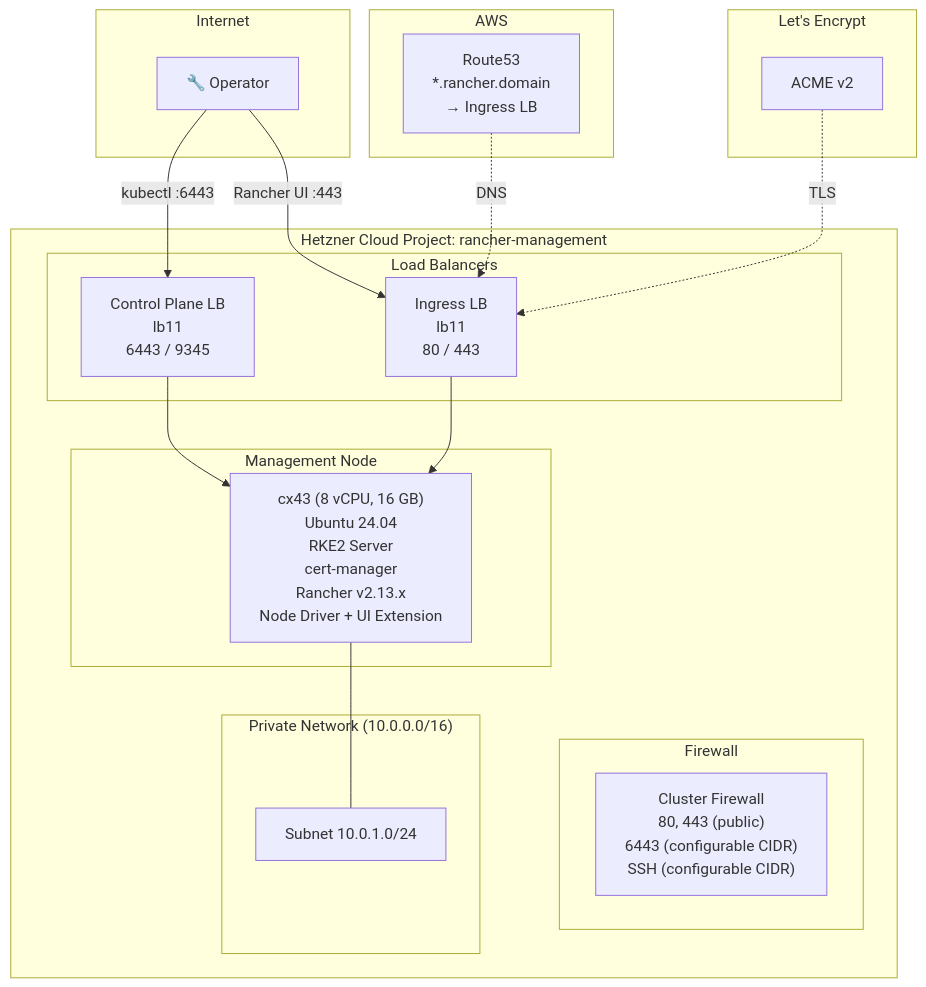
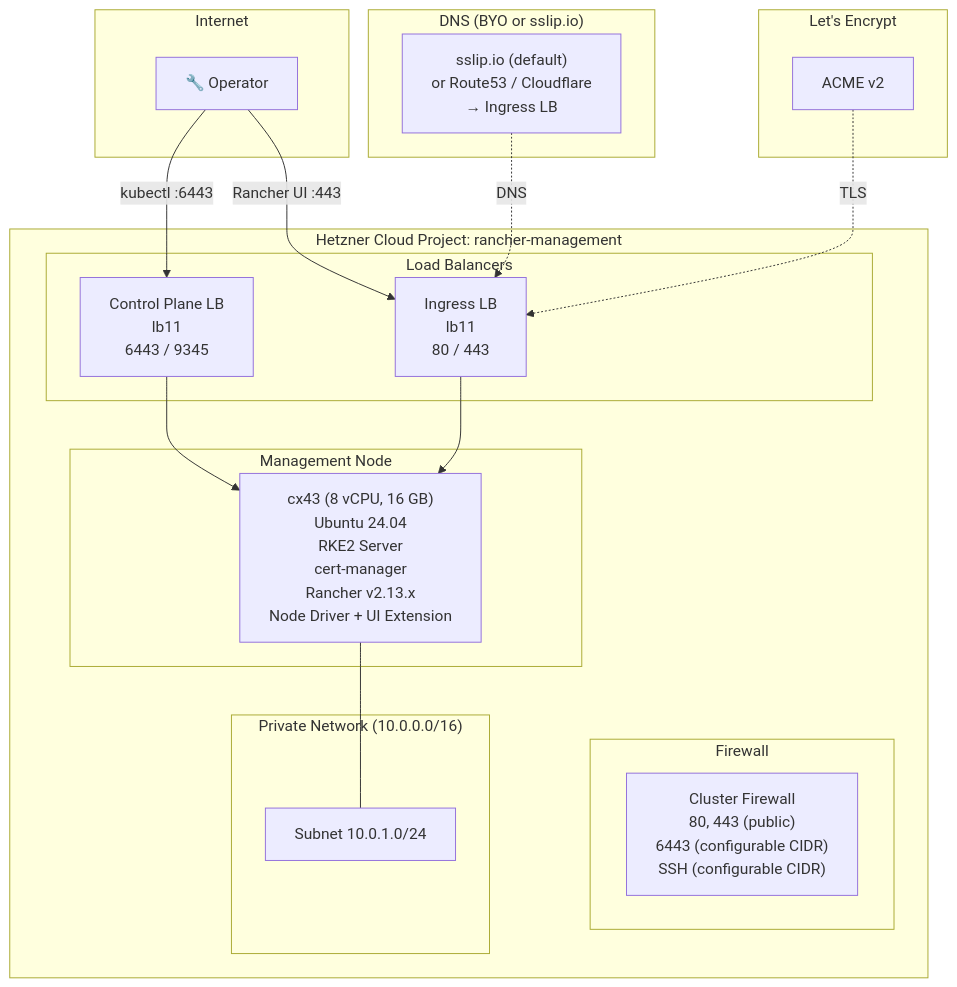
The second of 6 diagrams in docs/ARCHITECTURE.md (mbilan1/terraform-hcloud-rancher), drawn with Mermaid before and after one commit. The commit also changed 2 other files, not shown here.

Commit message:
docs: update DNS to BYO pattern, remove built-in R53 references
- README: sslip.io is now the default, BYO DNS section with R53 example
- README: regenerate TF_DOCS with actual 2-provider state
- README: remove old AWS/helm/kubectl/kubernetes provider references
- AGENTS.md: rewrite to match current architecture (2 providers, cloud-init, BYO LB)
- ARCHITECTURE.md: replace AWS R53 diagram with BYO DNS (sslip.io/Route53/Cloudflare)

````diff
--- a/docs/ARCHITECTURE.md
+++ b/docs/ARCHITECTURE.md
@@ -175,43 +175,43 @@
 ```mermaid
 flowchart TB
     subgraph internet["Internet"]
         operator["🔧 Operator"]
     end
 
     subgraph hetzner["Hetzner Cloud Project: rancher-management"]
         subgraph lb_layer["Load Balancers"]
             cp_lb["Control Plane LB\nlb11\n6443 / 9345"]
             ingress_lb["Ingress LB\nlb11\n80 / 443"]
         end
 
         subgraph fw["Firewall"]
             cluster_fw["Cluster Firewall\n80, 443 (public)\n6443 (configurable CIDR)\nSSH (configurable CIDR)"]
         end
 
         subgraph mgmt["Management Node"]
             node["cx43 (8 vCPU, 16 GB)\nUbuntu 24.04\nRKE2 Server\ncert-manager\nRancher v2.13.x\nNode Driver + UI Extension"]
         end
 
         subgraph network["Private Network (10.0.0.0/16)"]
             subnet["Subnet 10.0.1.0/24"]
         end
     end
 
-    subgraph aws["AWS"]
-        r53["Route53\n*.rancher.domain\n→ Ingress LB"]
+    subgraph dns["DNS (BYO or sslip.io)"]
+        resolver["sslip.io (default)\nor Route53 / Cloudflare\n→ Ingress LB"]
     end
 
     subgraph letsencrypt["Let's Encrypt"]
         acme["ACME v2"]
     end
 
     operator -->|"Rancher UI :443"| ingress_lb
     operator -->|"kubectl :6443"| cp_lb
 
     cp_lb --> node
     ingress_lb --> node
     node --- subnet
 
-    r53 -.->|"DNS"| ingress_lb
+    resolver -.->|"DNS"| ingress_lb
     acme -.->|"TLS"| ingress_lb
 ```
````
